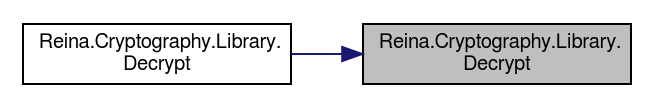
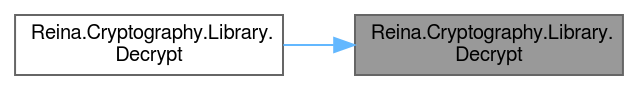
The diagram in class_reina_1_1_cryptography_1_1_library_a98ecb713792622e2faac792d3f31015c_icgraph.dot (fkitsantas/Reina.Cryptography), drawn with Graphviz before and after one commit. The commit also changed 225 other files, not shown here.

```diff
--- a/class_reina_1_1_cryptography_1_1_library_a98ecb713792622e2faac792d3f31015c_icgraph.dot
+++ b/class_reina_1_1_cryptography_1_1_library_a98ecb713792622e2faac792d3f31015c_icgraph.dot
@@ -1,10 +1,11 @@
 digraph "Reina.Cryptography.Library.Decrypt"
 {
  // LATEX_PDF_SIZE
-  edge [fontname="FreeSans",fontsize="10",labelfontname="FreeSans",labelfontsize="10"];
-  node [fontname="FreeSans",fontsize="10",shape=record];
+  bgcolor="transparent";
+  edge [fontname=FreeSans,fontsize=10,labelfontname=FreeSans,labelfontsize=10];
+  node [fontname=FreeSans,fontsize=10,shape=box,height=0.2,width=0.4];
   rankdir="RL";
-  Node1 [label="Reina.Cryptography.Library.\lDecrypt",height=0.2,width=0.4,color="black", fillcolor="grey75", style="filled", fontcolor="black",tooltip="Decrypts a Base64-encoded string using three distinct keys for Twofish, Serpent, and AES encryption a..."];
-  Node1 -> Node2 [dir="back",color="midnightblue",fontsize="10",style="solid",fontname="FreeSans"];
-  Node2 [label="Reina.Cryptography.Library.\lDecrypt",height=0.2,width=0.4,color="black", fillcolor="white", style="filled",URL="$class_reina_1_1_cryptography_1_1_library.html#a08e8d9a9e8589565087dac21f0a0fbb8",tooltip="Decrypts a Base64-encoded string synchronously using a specified key retrieved asynchronously from Az..."];
+  Node1 [id="Node000001",label="Reina.Cryptography.Library.\lDecrypt",height=0.2,width=0.4,color="gray40", fillcolor="grey60", style="filled", fontcolor="black",tooltip="Decrypts a Base64-encoded string using three distinct keys for Twofish, Serpent, and AES encryption a..."];
+  Node1 -> Node2 [id="edge1_Node000001_Node000002",dir="back",color="steelblue1",style="solid",tooltip=" "];
+  Node2 [id="Node000002",label="Reina.Cryptography.Library.\lDecrypt",height=0.2,width=0.4,color="grey40", fillcolor="white", style="filled",URL="$class_reina_1_1_cryptography_1_1_library.html#a08e8d9a9e8589565087dac21f0a0fbb8",tooltip="Decrypts a Base64-encoded string synchronously using a specified key retrieved asynchronously from Az..."];
 }
```
